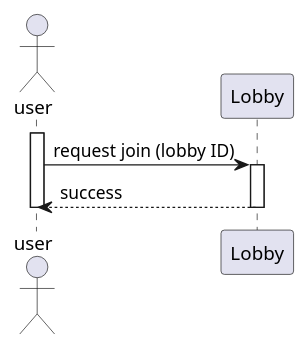
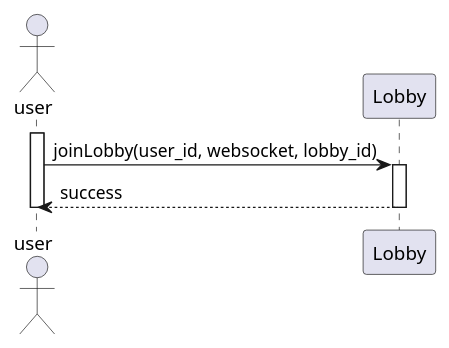
Before and after one commit to PolyPong/PolyPong: the diagram in doc/sequencediagrams/fr5.puml, drawn with PlantUML. The commit also changed other lines of this file, not shown here.

Commit message:
final fr5 hopefully

```diff
--- a/doc/sequencediagrams/fr5.puml
+++ b/doc/sequencediagrams/fr5.puml
@@ -1,15 +1,13 @@
+@startuml
 actor user
 
 participant Lobby as L
 'participant Game as G
 activate user
 
-        user -> L: request join (lobby ID)
+        user -> L: joinLobby(user_id, websocket, lobby_id)
         activate L
- ''               L -> G: add user to game
-''                activate G
-''                        G --> L: added user to game
-''                deactivate G
                 L --> user: success
         deactivate L
 deactivate user
+@enduml
```
